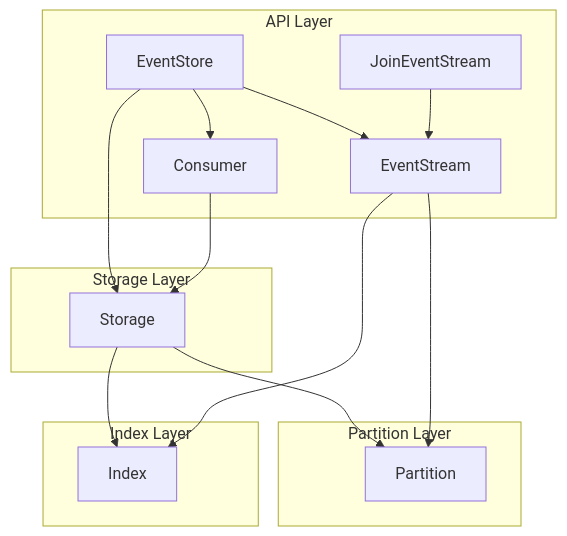
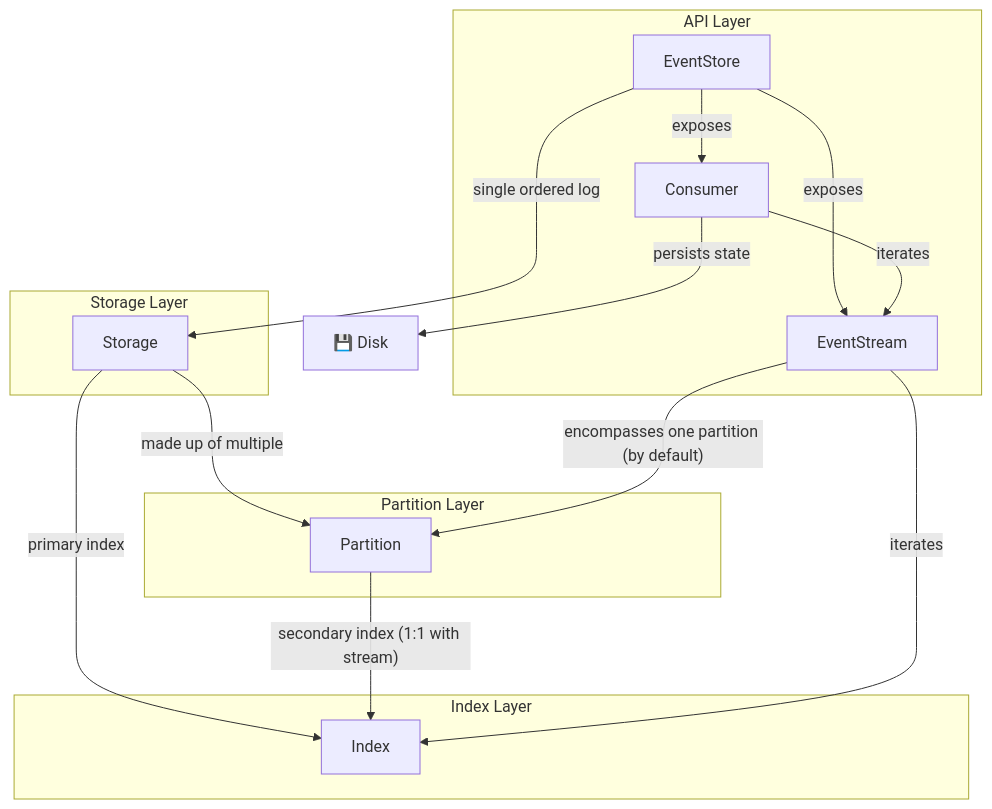
Before and after one commit to albe/node-event-storage: the diagram in docs/architecture.md, drawn with Mermaid.

Commit message:
docs: address review feedback on architecture diagram
Agent-Logs-Url: https://github.com/albe/node-event-storage/sessions/ce3bbabf-39c2-420b-a4f9-8a3c3237cc13

````diff
--- a/docs/architecture.md
+++ b/docs/architecture.md
@@ -56,36 +56,40 @@
 ```mermaid
 graph TD
     subgraph api["API Layer"]
         EventStore
         EventStream
-        JoinEventStream
         Consumer
     end
 
     subgraph storageLayer["Storage Layer"]
         Storage
     end
 
     subgraph partitionLayer["Partition Layer"]
         Partition
     end
 
     subgraph indexLayer["Index Layer"]
         Index
     end
 
+    Disk["💾 Disk"]
+
     %% API relationships
-    EventStore --> Storage
-    EventStore --> EventStream
-    EventStore --> Consumer
-    JoinEventStream --> EventStream
-    Consumer --> Storage
+    EventStore -->|"single ordered log"| Storage
+    EventStore -->|"exposes"| EventStream
+    EventStore -->|"exposes"| Consumer
+    Consumer -->|"iterates"| EventStream
+    Consumer -->|"persists state"| Disk
 
     %% Storage coordinates Partition and Index
-    Storage --> Partition
-    Storage --> Index
+    Storage -->|"made up of multiple"| Partition
+    Storage -->|"primary index"| Index
+
+    %% Partition has a secondary index (1:1 with a stream)
+    Partition -->|"secondary index (1:1 with stream)"| Index
 
     %% EventStream is the bridge: resolves positions via Index, reads data from Partition
-    EventStream --> Index
-    EventStream --> Partition
+    EventStream -->|"iterates"| Index
+    EventStream -->|"encompasses one partition (by default)"| Partition
 ```
````
